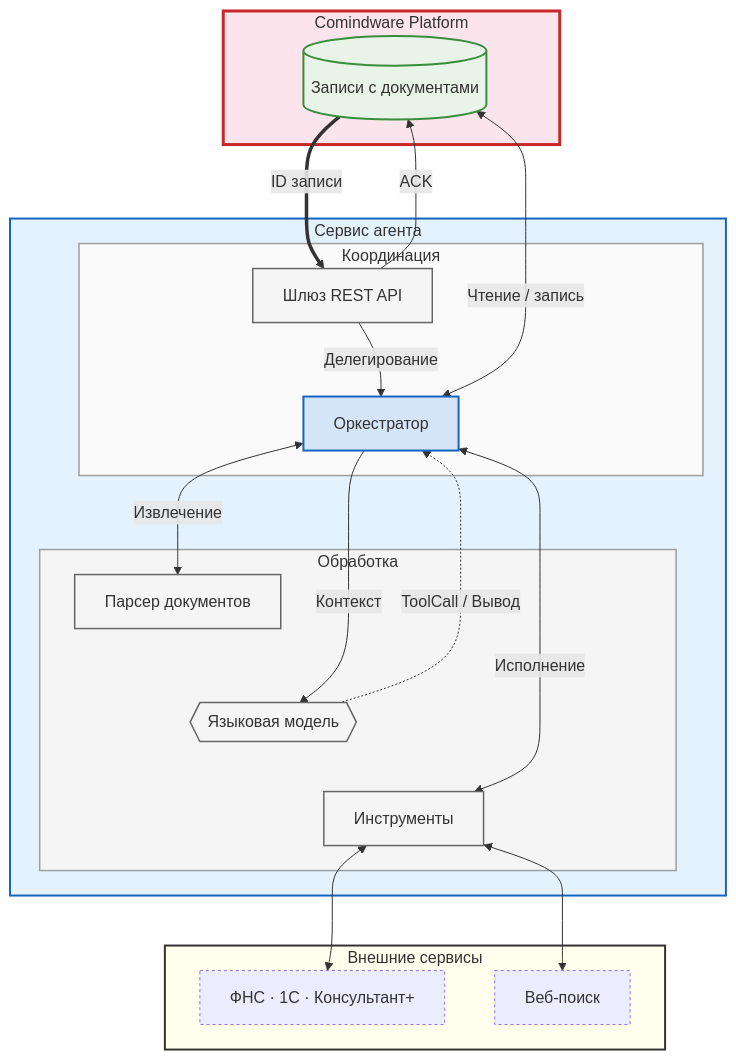
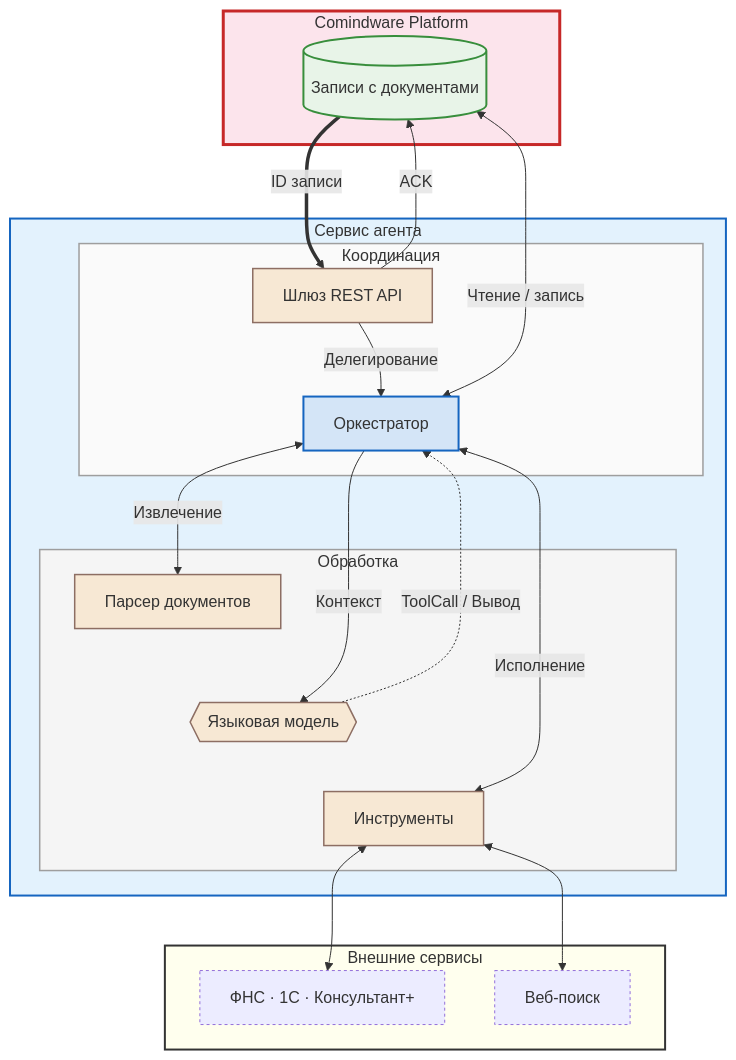
The diagram in docs/research/executive-research-technology-transfer/report-pack/20260420-document-agent-architecture-ru.md (arterm-sedov/cmw-rag), drawn with Mermaid before and after one commit.

Commit message:
docs: restore orange node styling for agent service components

````diff
--- a/docs/research/executive-research-technology-transfer/report-pack/20260420-document-agent-architecture-ru.md
+++ b/docs/research/executive-research-technology-transfer/report-pack/20260420-document-agent-architecture-ru.md
@@ -75,55 +75,55 @@
 ```mermaid
 flowchart TD
     classDef cmw fill:#e8f4e8,stroke:#388e3c,stroke-width:2px
     classDef core fill:#d4e5f7,stroke:#1565c0,stroke-width:2px
-    classDef proc fill:#f5f5f5,stroke:#666,stroke-width:1.5px
+    classDef proc fill:#f7e8d4,stroke:#8d6e63,stroke-width:1.5px
     classDef ext stroke-dasharray:3 3
 
     subgraph CMW [Comindware Platform]
         A[(Записи с документами)]
     end
 
     subgraph Agent [Сервис агента]
         subgraph Coord [Координация]
             B[Шлюз REST API]
             C[Оркестратор]
         end
         subgraph Proc [Обработка]
             D[Парсер документов]
             E{{Языковая модель}}
             F[Инструменты]
         end
     end
 
     subgraph Ext [Внешние сервисы]
         G[ФНС · 1С · Консультант+]
         H[Веб-поиск]
     end
 
     B ~~~ C
     D ~~~ E
     E ~~~ F
     F ~~~ G
 
     A ==>|ID записи| B
     B -->|ACK| A
     B -->|Делегирование| C
     C <-->|Чтение / запись| A
     C <-->|Извлечение| D
     C -->|Контекст| E
     E -.->|ToolCall / Вывод| C
     C <-->|Исполнение| F
     F <--> G
     F <--> H
 
     class A cmw
     class C core
     class B,D,E,F proc
     class G,H ext
 
     style CMW fill:#fce4ec,stroke:#c62828,stroke-width:3px
     style Agent fill:#e3f2fd,stroke:#1565c0,stroke-width:2px
     style Ext fill:#ffe,stroke:#333,stroke-width:2
     style Coord fill:#fafafa,stroke:#9e9e9e,stroke-width:1.5px
     style Proc fill:#f5f5f5,stroke:#9e9e9e,stroke-width:1.5px
 ```
````
